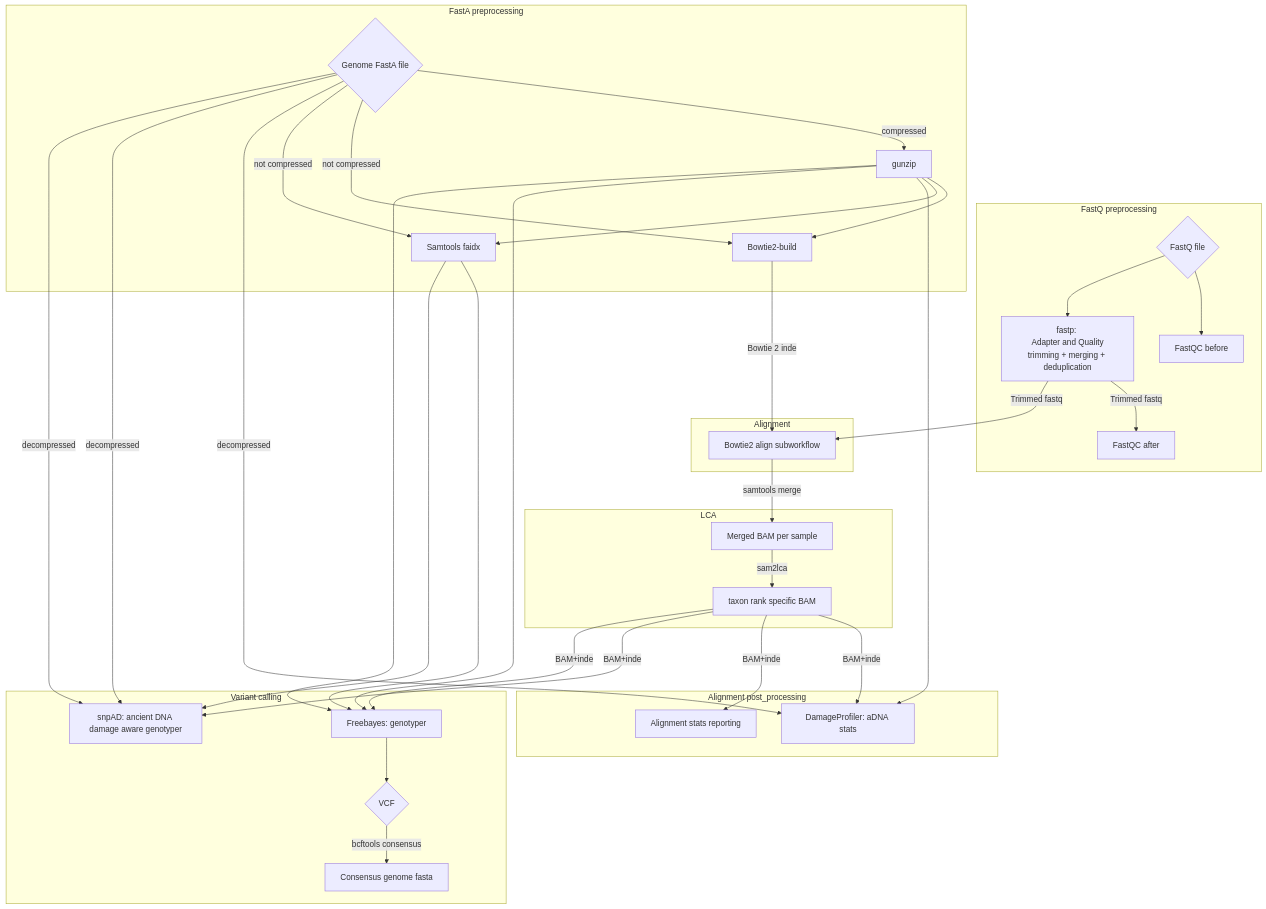
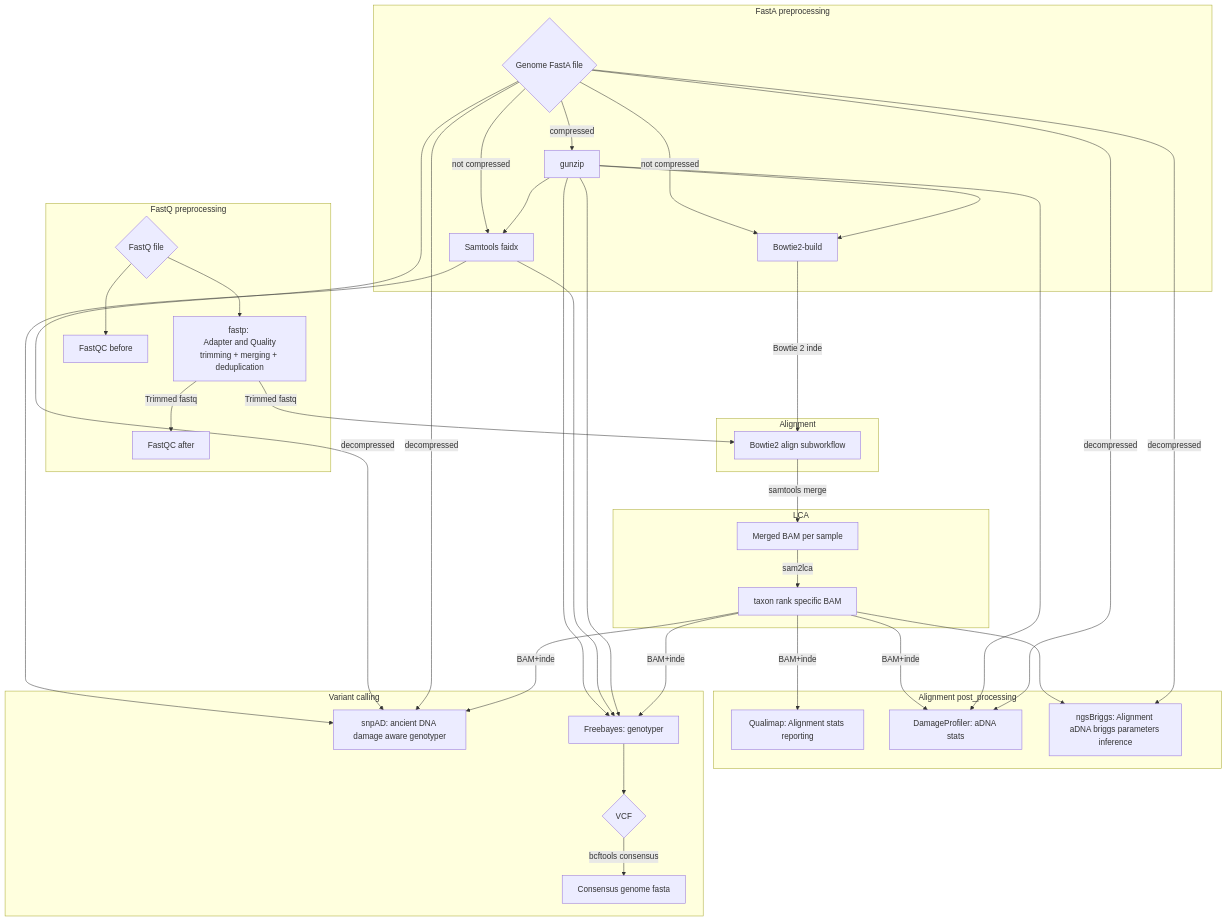
The diagram in README.md (maxibor/adnamap), drawn with Mermaid before and after one commit. The commit also changed 4 other files, not shown here.

````diff
--- a/README.md
+++ b/README.md
@@ -53,55 +53,58 @@
 ```mermaid
 flowchart TD
     subgraph fastq_process[FastQ preprocessing]
         fastq{FastQ file}
         fastqc_before[FastQC before]
         fastp["fastp: \n Adapter and Quality trimming + merging + deduplication"]
         fastqc_after[FastQC after]
         fastq --> fastqc_before
         fastq --> fastp
         fastp -- Trimmed fastq --> fastqc_after
     end
     subgraph fastq_preproprecessing[FastA preprocessing]
         fasta{Genome FastA file}
         faidx[Samtools faidx]
         fasta --compressed-->gunzip
         gunzip-->bowtie2_build
         bowtie2_build[Bowtie2-build]
         fasta--not compressed--> bowtie2_build
         gunzip-->faidx
         fasta--not compressed-->faidx
     end
     subgraph alignment[Alignment]
         bowtie2_align["Bowtie2 align subworkflow"]
         bowtie2_build --Bowtie 2 index--> bowtie2_align
         fastp --Trimmed fastq--> bowtie2_align
     end
     subgraph lca[LCA]
       bowtie2_align --samtools merge--> merged_BAM["Merged BAM per sample"]
       merged_BAM --sam2lca--> rank_BAM["taxon rank specific BAM"]
     end
     subgraph alignment_post[Alignment post_processing]
-        qualimap[Alignment stats reporting]
+        qualimap[Qualimap: Alignment stats reporting]
         damageprofiler[DamageProfiler: aDNA stats]
+        ngsBriggs[ngsBriggs: Alignment aDNA briggs parameters inference]
         fasta--decompressed-->damageprofiler
         gunzip-->damageprofiler
         rank_BAM--BAM+index-->damageprofiler
         rank_BAM--BAM+index-->qualimap
+        fasta--decompressed-->ngsBriggs
+        rank_BAM-->ngsBriggs
     end
     subgraph variant_calling[Variant calling]
         snpAD["snpAD: ancient DNA damage aware genotyper"]
         freebayes["Freebayes: genotyper"]
 
         rank_BAM--BAM+index-->snpAD
         rank_BAM--BAM+index-->freebayes
         fasta--decompressed-->snpAD
         gunzip-->freebayes
         faidx-->freebayes
         fasta--decompressed-->snpAD
         gunzip-->freebayes
         faidx-->snpAD
         vcf{VCF}
         freebayes --> vcf
         vcf-- bcftools consensus -->cons_fa["Consensus genome fasta"]
     end
 ```
````
